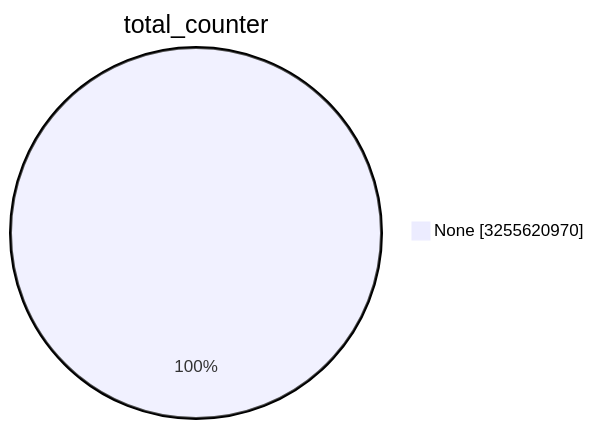
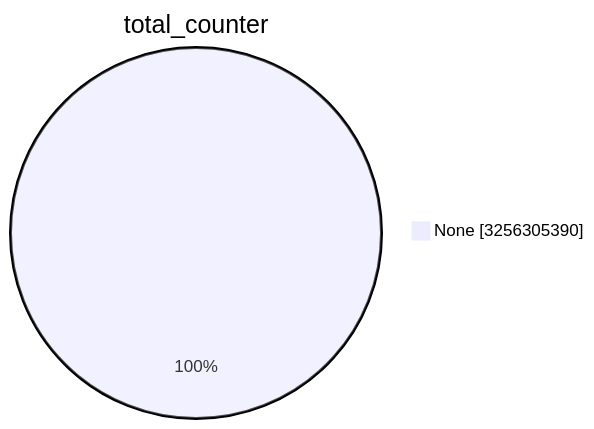
The first of 15 diagrams in TOTAL/README.md (christiankrug/ctmonitor_visualization), drawn with Mermaid before and after one commit. The commit also changed other lines of this file, not shown here.

````diff
--- a/TOTAL/README.md
+++ b/TOTAL/README.md
@@ -1,5 +1,5 @@
 ```mermaid
 pie showData
 title total_counter
-"None" :3255620970
+"None" :3256305390
 ```
````
